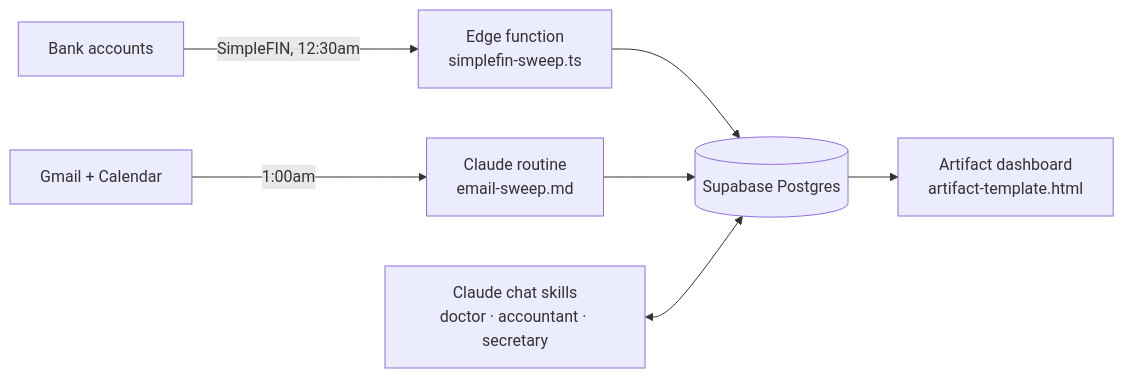
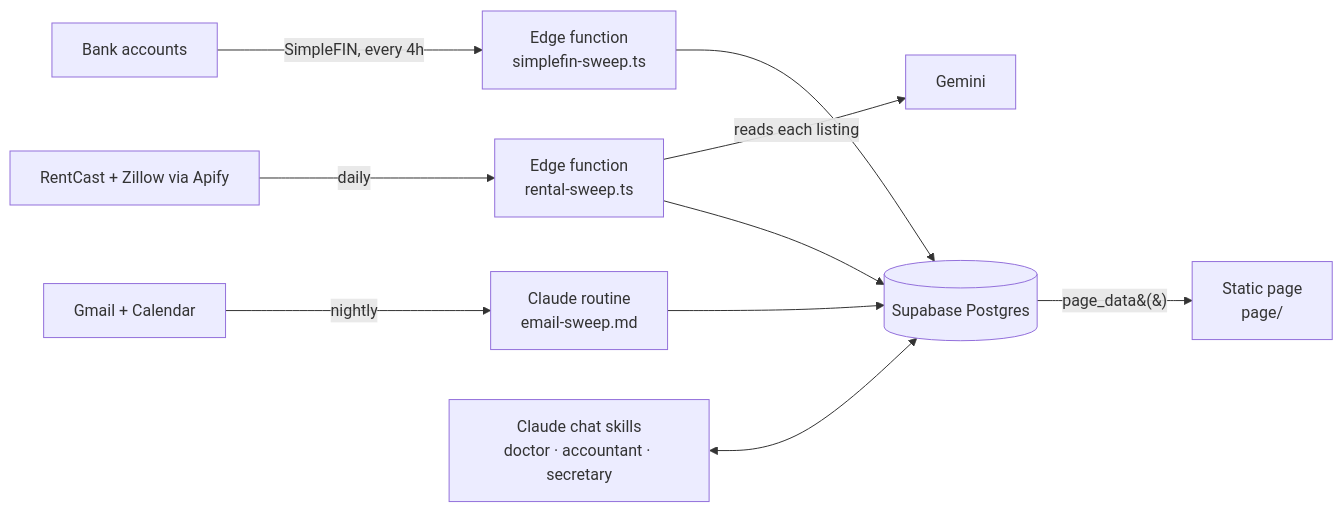
The diagram in README.md (AJ-Protzel/tracking-engine-showcase), drawn with Mermaid before and after one commit. The commit also changed other lines of this file and 30 other files, not shown here.

````diff
--- a/README.md
+++ b/README.md
@@ -26,9 +26,12 @@
 ```mermaid
 flowchart LR
-  bank[Bank accounts] -->|SimpleFIN, 12:30am| fn[Edge function<br/>simplefin-sweep.ts]
-  gmail[Gmail + Calendar] -->|1:00am| routine[Claude routine<br/>email-sweep.md]
+  bank[Bank accounts] -->|SimpleFIN, every 4h| fn[Edge function<br/>simplefin-sweep.ts]
+  gmail[Gmail + Calendar] -->|nightly| routine[Claude routine<br/>email-sweep.md]
+  feed[RentCast + Zillow via Apify] -->|daily| rent[Edge function<br/>rental-sweep.ts]
+  rent -->|reads each listing| gem[Gemini]
   fn --> db[(Supabase Postgres)]
   routine --> db
+  rent --> db
   chat[Claude chat skills<br/>doctor · accountant · secretary] <--> db
-  db --> page[Artifact dashboard<br/>artifact-template.html]
+  db -->|page_data&#40;&#41;| page[Static page<br/>page/]
 ```
````
